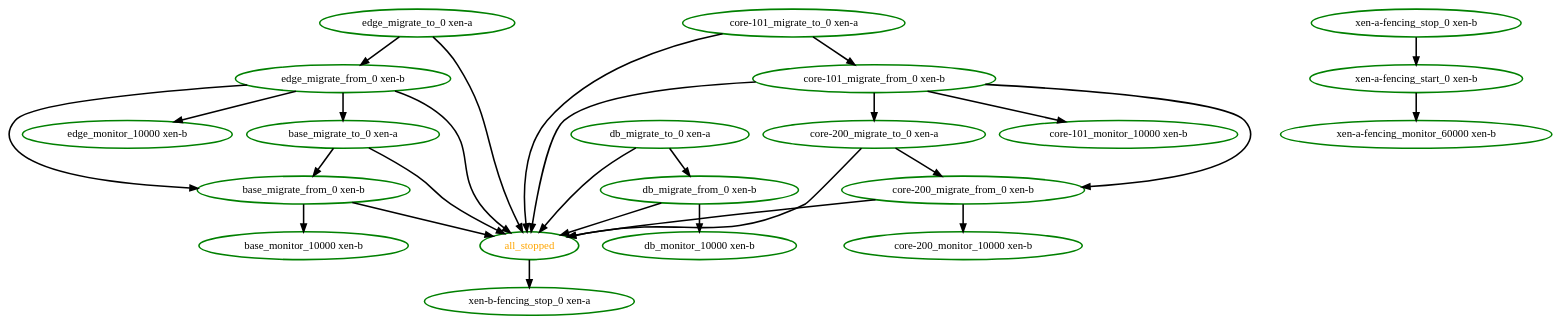
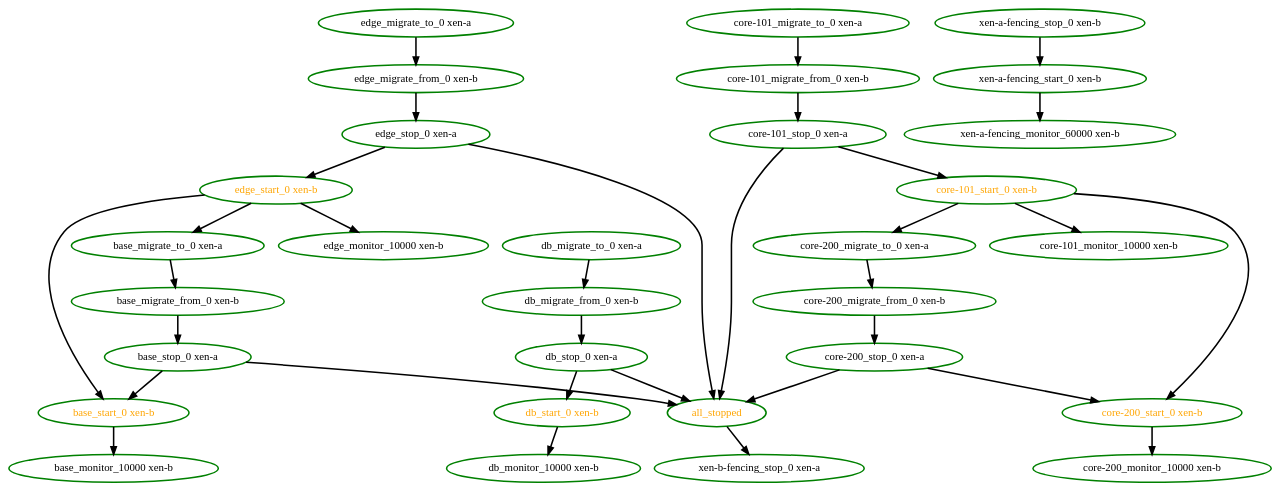
The diagram in pengine/test10/order-serialize.dot (ClusterLabs/pacemaker), drawn with Graphviz before and after one commit. The commit also changed 353 other files, not shown here.

```diff
--- a/pengine/test10/order-serialize.dot
+++ b/pengine/test10/order-serialize.dot
@@ -1,49 +1,64 @@
 digraph "g" {
 "all_stopped" -> "xen-b-fencing_stop_0 xen-a" [ style = bold]
 "all_stopped" [ style=bold color="green" fontcolor="orange"  ]
-"base_migrate_from_0 xen-b" -> "all_stopped" [ style = bold]
-"base_migrate_from_0 xen-b" -> "base_monitor_10000 xen-b" [ style = bold]
+"base_migrate_from_0 xen-b" -> "base_stop_0 xen-a" [ style = bold]
 "base_migrate_from_0 xen-b" [ style=bold color="green" fontcolor="black"  ]
-"base_migrate_to_0 xen-a" -> "all_stopped" [ style = bold]
 "base_migrate_to_0 xen-a" -> "base_migrate_from_0 xen-b" [ style = bold]
 "base_migrate_to_0 xen-a" [ style=bold color="green" fontcolor="black"  ]
 "base_monitor_10000 xen-b" [ style=bold color="green" fontcolor="black"  ]
-"core-101_migrate_from_0 xen-b" -> "all_stopped" [ style = bold]
-"core-101_migrate_from_0 xen-b" -> "core-101_monitor_10000 xen-b" [ style = bold]
-"core-101_migrate_from_0 xen-b" -> "core-200_migrate_from_0 xen-b" [ style = bold]
-"core-101_migrate_from_0 xen-b" -> "core-200_migrate_to_0 xen-a" [ style = bold]
+"base_start_0 xen-b" -> "base_monitor_10000 xen-b" [ style = bold]
+"base_start_0 xen-b" [ style=bold color="green" fontcolor="orange"  ]
+"base_stop_0 xen-a" -> "all_stopped" [ style = bold]
+"base_stop_0 xen-a" -> "base_start_0 xen-b" [ style = bold]
+"base_stop_0 xen-a" [ style=bold color="green" fontcolor="black"  ]
+"core-101_migrate_from_0 xen-b" -> "core-101_stop_0 xen-a" [ style = bold]
 "core-101_migrate_from_0 xen-b" [ style=bold color="green" fontcolor="black"  ]
-"core-101_migrate_to_0 xen-a" -> "all_stopped" [ style = bold]
 "core-101_migrate_to_0 xen-a" -> "core-101_migrate_from_0 xen-b" [ style = bold]
 "core-101_migrate_to_0 xen-a" [ style=bold color="green" fontcolor="black"  ]
 "core-101_monitor_10000 xen-b" [ style=bold color="green" fontcolor="black"  ]
-"core-200_migrate_from_0 xen-b" -> "all_stopped" [ style = bold]
-"core-200_migrate_from_0 xen-b" -> "core-200_monitor_10000 xen-b" [ style = bold]
+"core-101_start_0 xen-b" -> "core-101_monitor_10000 xen-b" [ style = bold]
+"core-101_start_0 xen-b" -> "core-200_migrate_to_0 xen-a" [ style = bold]
+"core-101_start_0 xen-b" -> "core-200_start_0 xen-b" [ style = bold]
+"core-101_start_0 xen-b" [ style=bold color="green" fontcolor="orange"  ]
+"core-101_stop_0 xen-a" -> "all_stopped" [ style = bold]
+"core-101_stop_0 xen-a" -> "core-101_start_0 xen-b" [ style = bold]
+"core-101_stop_0 xen-a" [ style=bold color="green" fontcolor="black"  ]
+"core-200_migrate_from_0 xen-b" -> "core-200_stop_0 xen-a" [ style = bold]
 "core-200_migrate_from_0 xen-b" [ style=bold color="green" fontcolor="black"  ]
-"core-200_migrate_to_0 xen-a" -> "all_stopped" [ style = bold]
 "core-200_migrate_to_0 xen-a" -> "core-200_migrate_from_0 xen-b" [ style = bold]
 "core-200_migrate_to_0 xen-a" [ style=bold color="green" fontcolor="black"  ]
 "core-200_monitor_10000 xen-b" [ style=bold color="green" fontcolor="black"  ]
-"db_migrate_from_0 xen-b" -> "all_stopped" [ style = bold]
-"db_migrate_from_0 xen-b" -> "db_monitor_10000 xen-b" [ style = bold]
+"core-200_start_0 xen-b" -> "core-200_monitor_10000 xen-b" [ style = bold]
+"core-200_start_0 xen-b" [ style=bold color="green" fontcolor="orange"  ]
+"core-200_stop_0 xen-a" -> "all_stopped" [ style = bold]
+"core-200_stop_0 xen-a" -> "core-200_start_0 xen-b" [ style = bold]
+"core-200_stop_0 xen-a" [ style=bold color="green" fontcolor="black"  ]
+"db_migrate_from_0 xen-b" -> "db_stop_0 xen-a" [ style = bold]
 "db_migrate_from_0 xen-b" [ style=bold color="green" fontcolor="black"  ]
-"db_migrate_to_0 xen-a" -> "all_stopped" [ style = bold]
 "db_migrate_to_0 xen-a" -> "db_migrate_from_0 xen-b" [ style = bold]
 "db_migrate_to_0 xen-a" [ style=bold color="green" fontcolor="black"  ]
 "db_monitor_10000 xen-b" [ style=bold color="green" fontcolor="black"  ]
-"edge_migrate_from_0 xen-b" -> "all_stopped" [ style = bold]
-"edge_migrate_from_0 xen-b" -> "base_migrate_from_0 xen-b" [ style = bold]
-"edge_migrate_from_0 xen-b" -> "base_migrate_to_0 xen-a" [ style = bold]
-"edge_migrate_from_0 xen-b" -> "edge_monitor_10000 xen-b" [ style = bold]
+"db_start_0 xen-b" -> "db_monitor_10000 xen-b" [ style = bold]
+"db_start_0 xen-b" [ style=bold color="green" fontcolor="orange"  ]
+"db_stop_0 xen-a" -> "all_stopped" [ style = bold]
+"db_stop_0 xen-a" -> "db_start_0 xen-b" [ style = bold]
+"db_stop_0 xen-a" [ style=bold color="green" fontcolor="black"  ]
+"edge_migrate_from_0 xen-b" -> "edge_stop_0 xen-a" [ style = bold]
 "edge_migrate_from_0 xen-b" [ style=bold color="green" fontcolor="black"  ]
-"edge_migrate_to_0 xen-a" -> "all_stopped" [ style = bold]
 "edge_migrate_to_0 xen-a" -> "edge_migrate_from_0 xen-b" [ style = bold]
 "edge_migrate_to_0 xen-a" [ style=bold color="green" fontcolor="black"  ]
 "edge_monitor_10000 xen-b" [ style=bold color="green" fontcolor="black"  ]
+"edge_start_0 xen-b" -> "base_migrate_to_0 xen-a" [ style = bold]
+"edge_start_0 xen-b" -> "base_start_0 xen-b" [ style = bold]
+"edge_start_0 xen-b" -> "edge_monitor_10000 xen-b" [ style = bold]
+"edge_start_0 xen-b" [ style=bold color="green" fontcolor="orange"  ]
+"edge_stop_0 xen-a" -> "all_stopped" [ style = bold]
+"edge_stop_0 xen-a" -> "edge_start_0 xen-b" [ style = bold]
+"edge_stop_0 xen-a" [ style=bold color="green" fontcolor="black"  ]
 "xen-a-fencing_monitor_60000 xen-b" [ style=bold color="green" fontcolor="black"  ]
 "xen-a-fencing_start_0 xen-b" -> "xen-a-fencing_monitor_60000 xen-b" [ style = bold]
 "xen-a-fencing_start_0 xen-b" [ style=bold color="green" fontcolor="black"  ]
 "xen-a-fencing_stop_0 xen-b" -> "xen-a-fencing_start_0 xen-b" [ style = bold]
 "xen-a-fencing_stop_0 xen-b" [ style=bold color="green" fontcolor="black"  ]
 "xen-b-fencing_stop_0 xen-a" [ style=bold color="green" fontcolor="black"  ]
 }
```
